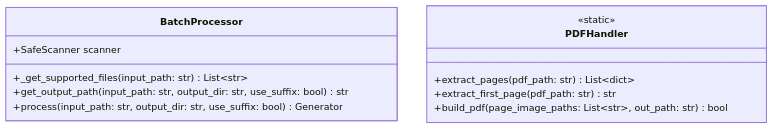
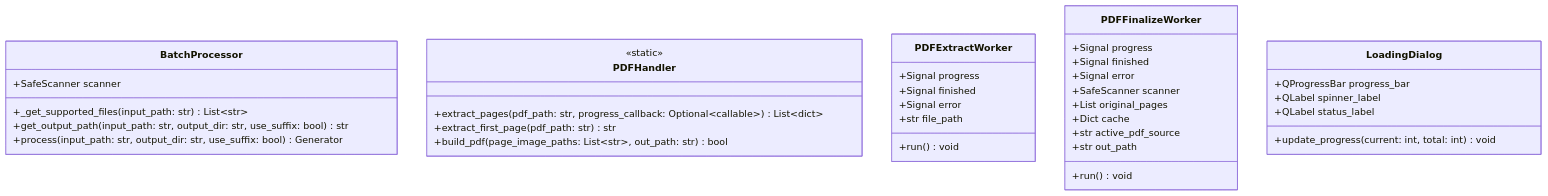
Before and after one commit to FurqanHun/SafeMARC: the second of 3 diagrams in docs/architecture/uml_classes.md, drawn with Mermaid. The commit also changed other lines of this file and 13 other files, not shown here.

Commit message:
docs: update architecture specs and refactor source comments

````diff
--- a/docs/architecture/uml_classes.md
+++ b/docs/architecture/uml_classes.md
@@ -104,18 +104,45 @@
 ```mermaid
 classDiagram
     direction TB
 
     class BatchProcessor {
         +SafeScanner scanner
         +_get_supported_files(input_path: str) List~str~
         +get_output_path(input_path: str, output_dir: str, use_suffix: bool) str
         +process(input_path: str, output_dir: str, use_suffix: bool) Generator
     }
 
     class PDFHandler {
         <<static>>
-        +extract_pages(pdf_path: str) List~dict~
+        +extract_pages(pdf_path: str, progress_callback: Optional~callable~) List~dict~
         +extract_first_page(pdf_path: str) str
         +build_pdf(page_image_paths: List~str~, out_path: str) bool
     }
+
+    class PDFExtractWorker {
+        +Signal progress
+        +Signal finished
+        +Signal error
+        +str file_path
+        +run() void
+    }
+
+    class PDFFinalizeWorker {
+        +Signal progress
+        +Signal finished
+        +Signal error
+        +SafeScanner scanner
+        +List original_pages
+        +Dict cache
+        +str active_pdf_source
+        +str out_path
+        +run() void
+    }
+
+    class LoadingDialog {
+        +QProgressBar progress_bar
+        +QLabel spinner_label
+        +QLabel status_label
+        +update_progress(current: int, total: int) void
+    }
 ```
````
